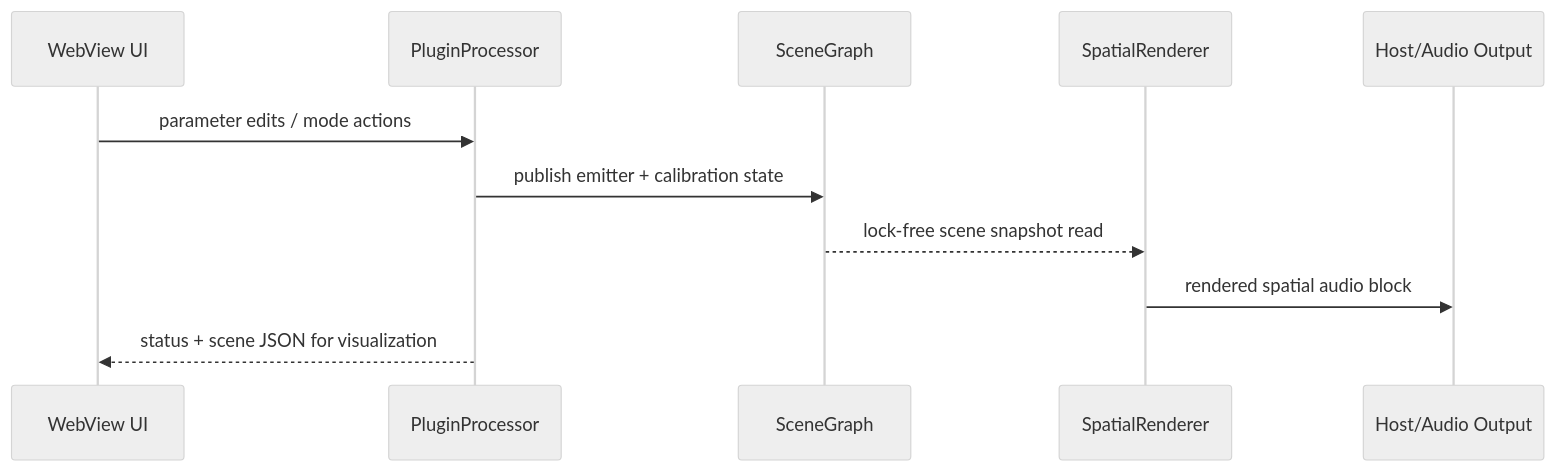
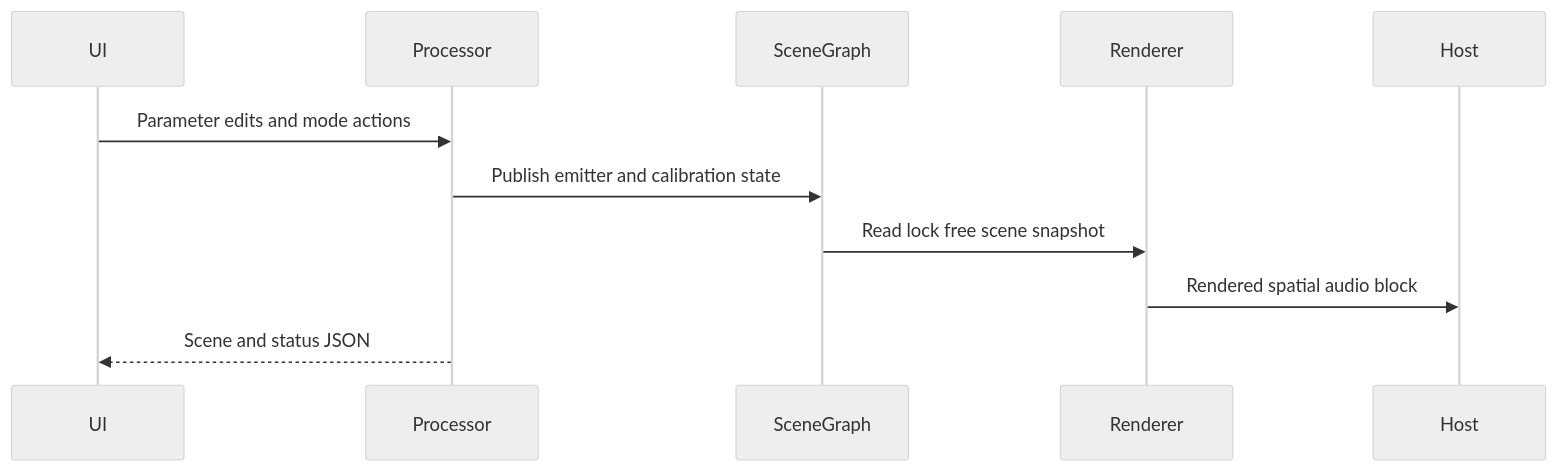
Before and after one commit to joshband/LocusQ: the second of 2 diagrams in README.md, drawn with Mermaid (neutral theme). The commit also changed other lines of this file, not shown here.

Commit message:
docs(readme): simplify mermaid diagrams for github rendering

````diff
--- a/README.md
+++ b/README.md
@@ -98,14 +97,14 @@
 ```mermaid
 sequenceDiagram
-    participant UI as WebView UI
-    participant P as PluginProcessor
-    participant SG as SceneGraph
-    participant SR as SpatialRenderer
-    participant H as Host/Audio Output
+    participant UI
+    participant Processor
+    participant SceneGraph
+    participant Renderer
+    participant Host
 
-    UI->>P: parameter edits / mode actions
-    P->>SG: publish emitter + calibration state
-    SG-->>SR: lock-free scene snapshot read
-    SR->>H: rendered spatial audio block
-    P-->>UI: status + scene JSON for visualization
+    UI->>Processor: Parameter edits and mode actions
+    Processor->>SceneGraph: Publish emitter and calibration state
+    SceneGraph->>Renderer: Read lock free scene snapshot
+    Renderer->>Host: Rendered spatial audio block
+    Processor-->>UI: Scene and status JSON
 ```
````
